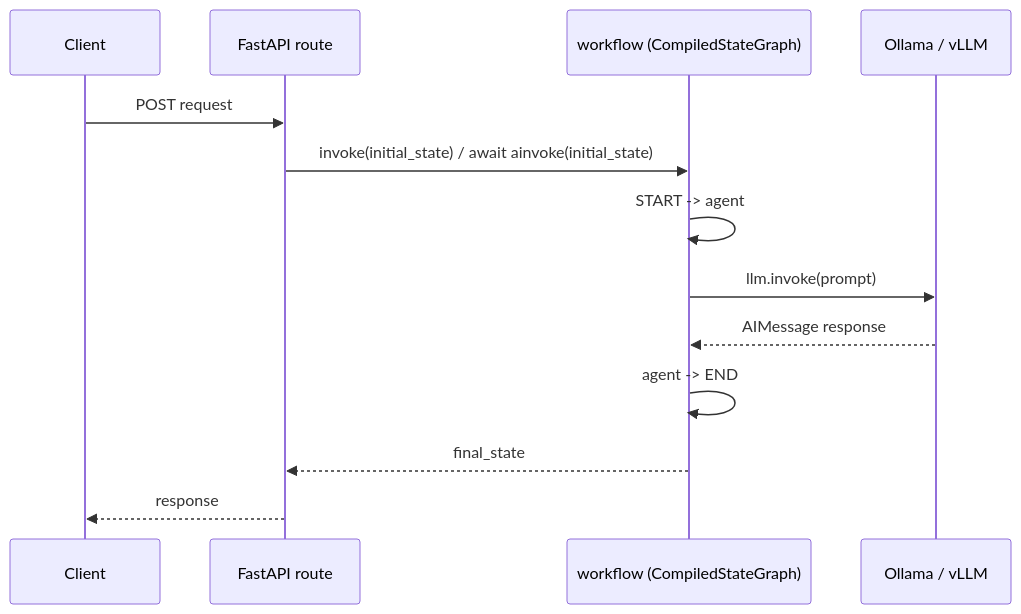
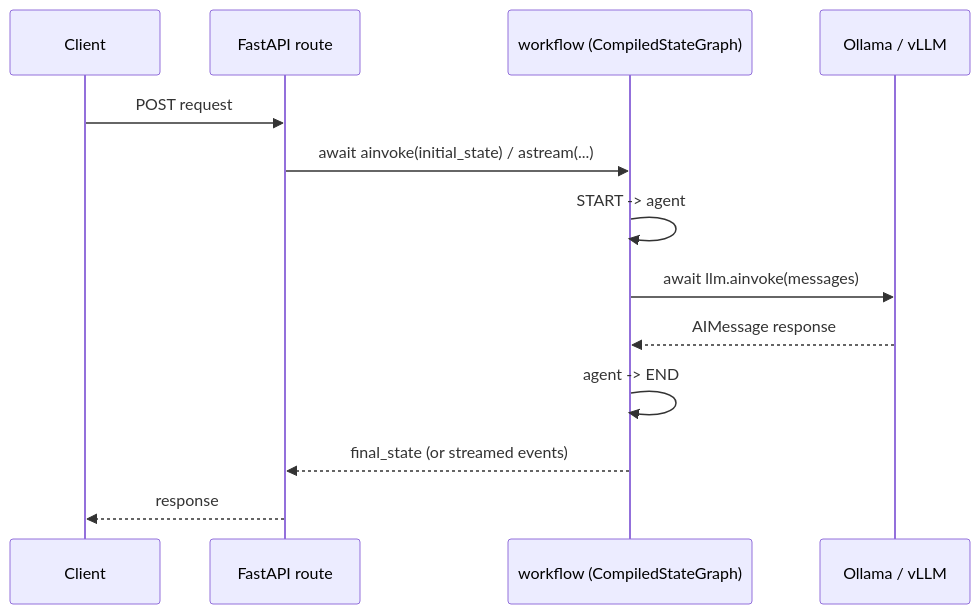
Before and after one commit to shaynemeyer/agentic-enterprise: the second of 2 diagrams in docs/graph-core.md, drawn with Mermaid. The commit also changed other lines of this file and 3 other files, not shown here.

First line of the commit message:
docs: refresh README and architecture notes for current state

````diff
--- a/docs/graph-core.md
+++ b/docs/graph-core.md
@@ -63,16 +69,16 @@
 ```mermaid
 sequenceDiagram
     participant Client
     participant FastAPI as FastAPI route
     participant Graph as workflow (CompiledStateGraph)
     participant LLM as Ollama / vLLM
 
     Client->>FastAPI: POST request
-    FastAPI->>Graph: invoke(initial_state) / await ainvoke(initial_state)
+    FastAPI->>Graph: await ainvoke(initial_state) / astream(...)
     Graph->>Graph: START -> agent
-    Graph->>LLM: llm.invoke(prompt)
+    Graph->>LLM: await llm.ainvoke(messages)
     LLM-->>Graph: AIMessage response
     Graph->>Graph: agent -> END
-    Graph-->>FastAPI: final_state
+    Graph-->>FastAPI: final_state (or streamed events)
     FastAPI-->>Client: response
 ```
````
